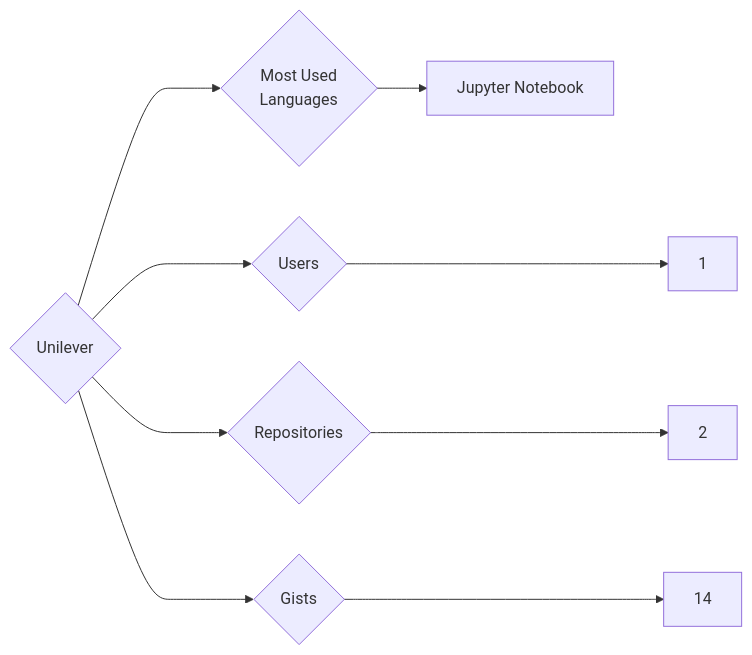
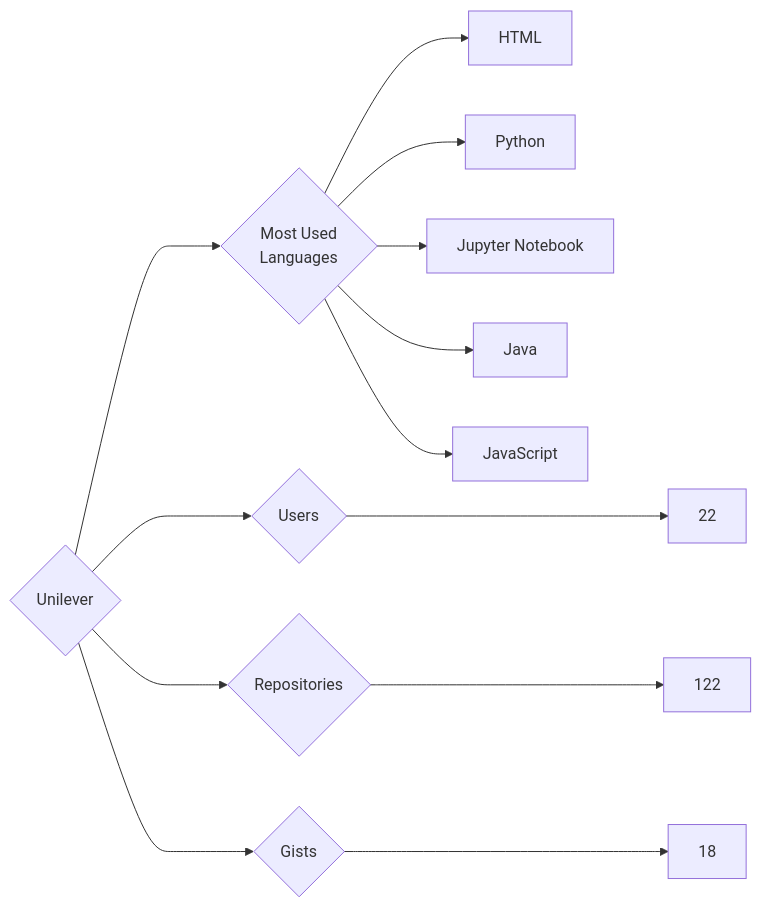
Before and after one commit to trickest/insiders: the diagram in targets/Unilever/README.md, drawn with Mermaid. The commit also changed 835 other files, not shown here.

````diff
--- a/targets/Unilever/README.md
+++ b/targets/Unilever/README.md
@@ -3,9 +3,13 @@
 ```mermaid
 graph LR
 COMPANY_NAME{Unilever}
-COMPANY_NAME ---> U{Users} ---> UN[1]
-COMPANY_NAME ---> R{Repositories} ---> RN[2]
-COMPANY_NAME ---> G{Gists} ---> GN[14]
+COMPANY_NAME ---> U{Users} ---> UN[22]
+COMPANY_NAME ---> R{Repositories} ---> RN[122]
+COMPANY_NAME ---> G{Gists} ---> GN[18]
 COMPANY_NAME ---> ML{Most Used<br>Languages}
+ML --> HTML[HTML]
+ML --> Python[Python]
 ML --> Jupyter_Notebook[Jupyter Notebook]
+ML --> Java[Java]
+ML --> JavaScript[JavaScript]
 ```
````
